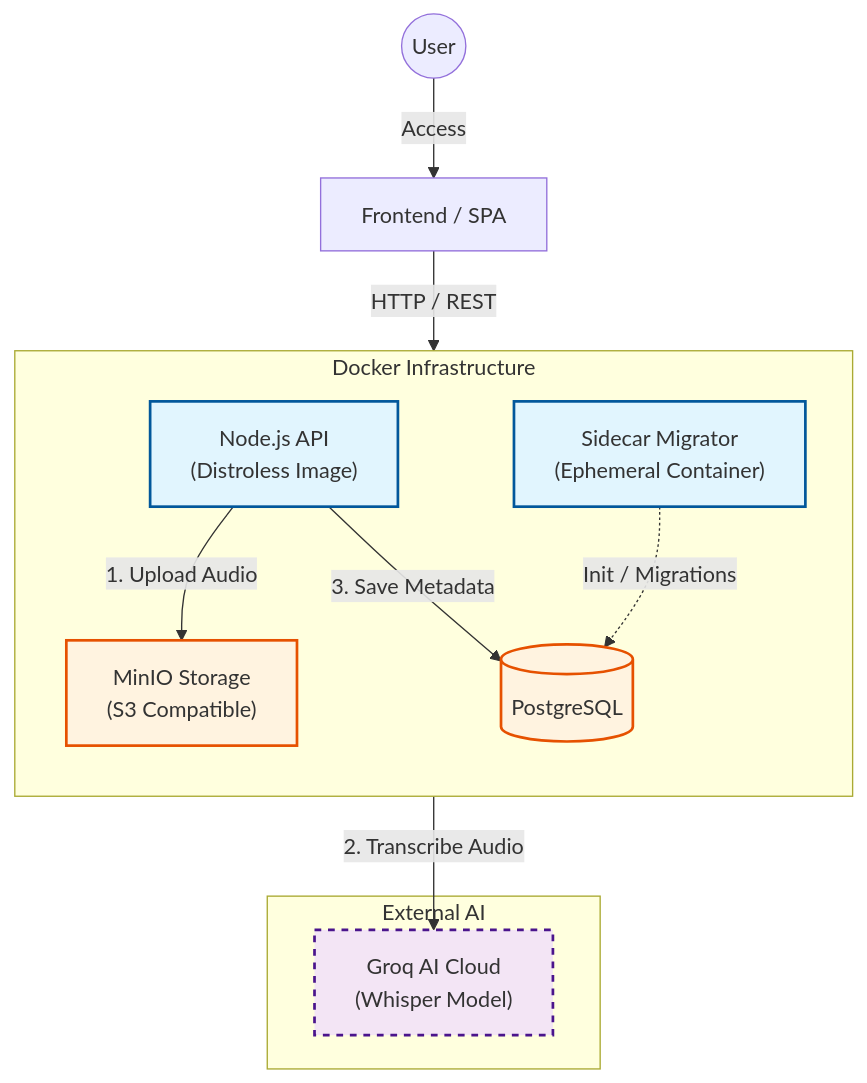
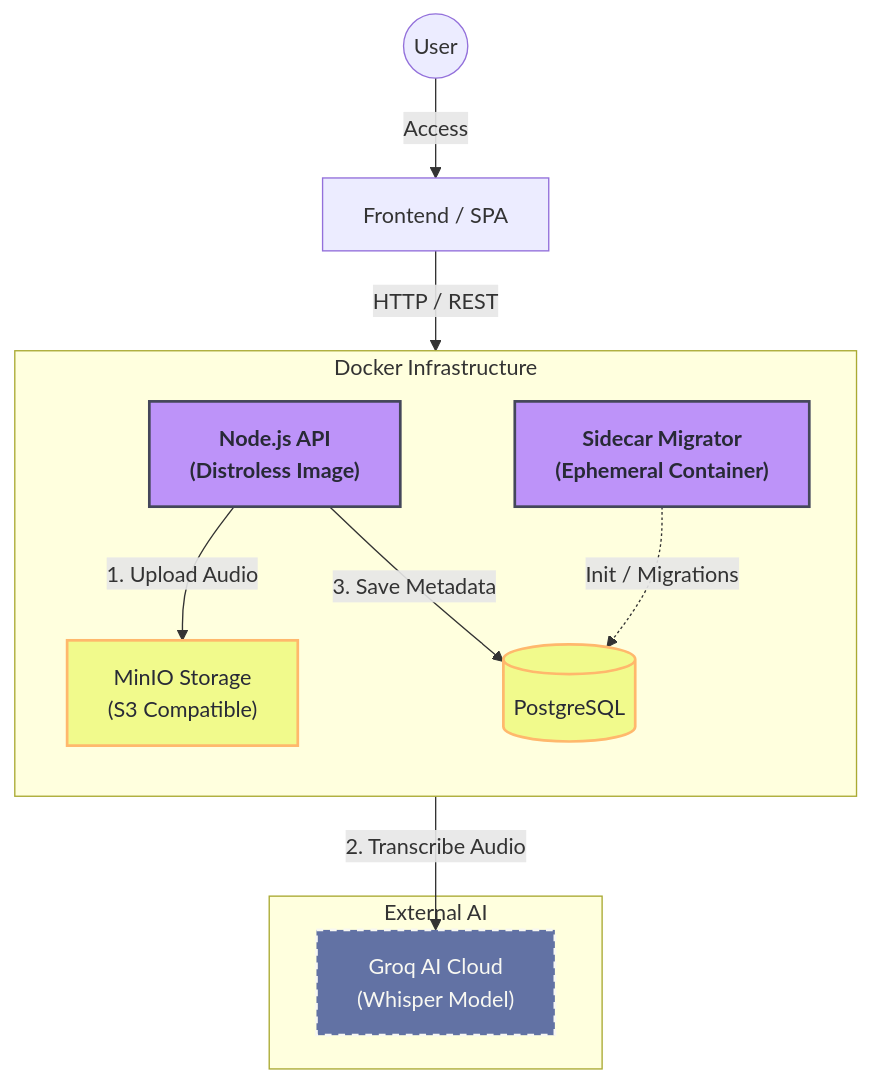
Before and after one commit to athena-devs/voice-memo: the diagram in README.md, drawn with Mermaid.

Commit message:
Try to update diagram colors

````diff
--- a/README.md
+++ b/README.md
@@ -28,30 +28,30 @@
 ```mermaid
 graph TD
     %% Actors and Clients
     User((User)) -->|Access| Client["Frontend / SPA"]
     Client -->|HTTP / REST| API["Node.js API<br/>(Distroless Image)"]
 
     %% Docker Infrastructure
     subgraph DockerEnv ["Docker Infrastructure"]
         direction TB
         API -->|1. Upload Audio| MinIO["MinIO Storage<br/>(S3 Compatible)"]
         API -->|3. Save Metadata| DB[("PostgreSQL")]
         
         %% Sidecar Pattern
         Migrator["Sidecar Migrator<br/>(Ephemeral Container)"] -.->|Init / Migrations| DB
     end
 
     %% External Services
     subgraph ExternalAI ["External AI"]
         API -->|2. Transcribe Audio| Groq["Groq AI Cloud<br/>(Whisper Model)"]
     end
 
     %% Styling (Optional)
-    classDef container fill:#e1f5fe,stroke:#01579b,stroke-width:2px;
-    classDef storage fill:#fff3e0,stroke:#e65100,stroke-width:2px;
-    classDef external fill:#f3e5f5,stroke:#4a148c,stroke-width:2px,stroke-dasharray: 5 5;
+    classDef container fill:#bd93f9,stroke:#44475a,stroke-width:2px,color:#282a36,font-weight:bold;
+    classDef storage fill:#f1fa8c,stroke:#ffb86c,stroke-width:2px,color:#282a36;
+    classDef external fill:#6272a4,stroke:#f8f8f2,stroke-width:2px,stroke-dasharray: 5 5,color:#f8f8f2;
     
     class API,Migrator container;
     class MinIO,DB storage;
     class Groq external;
 ```
````
